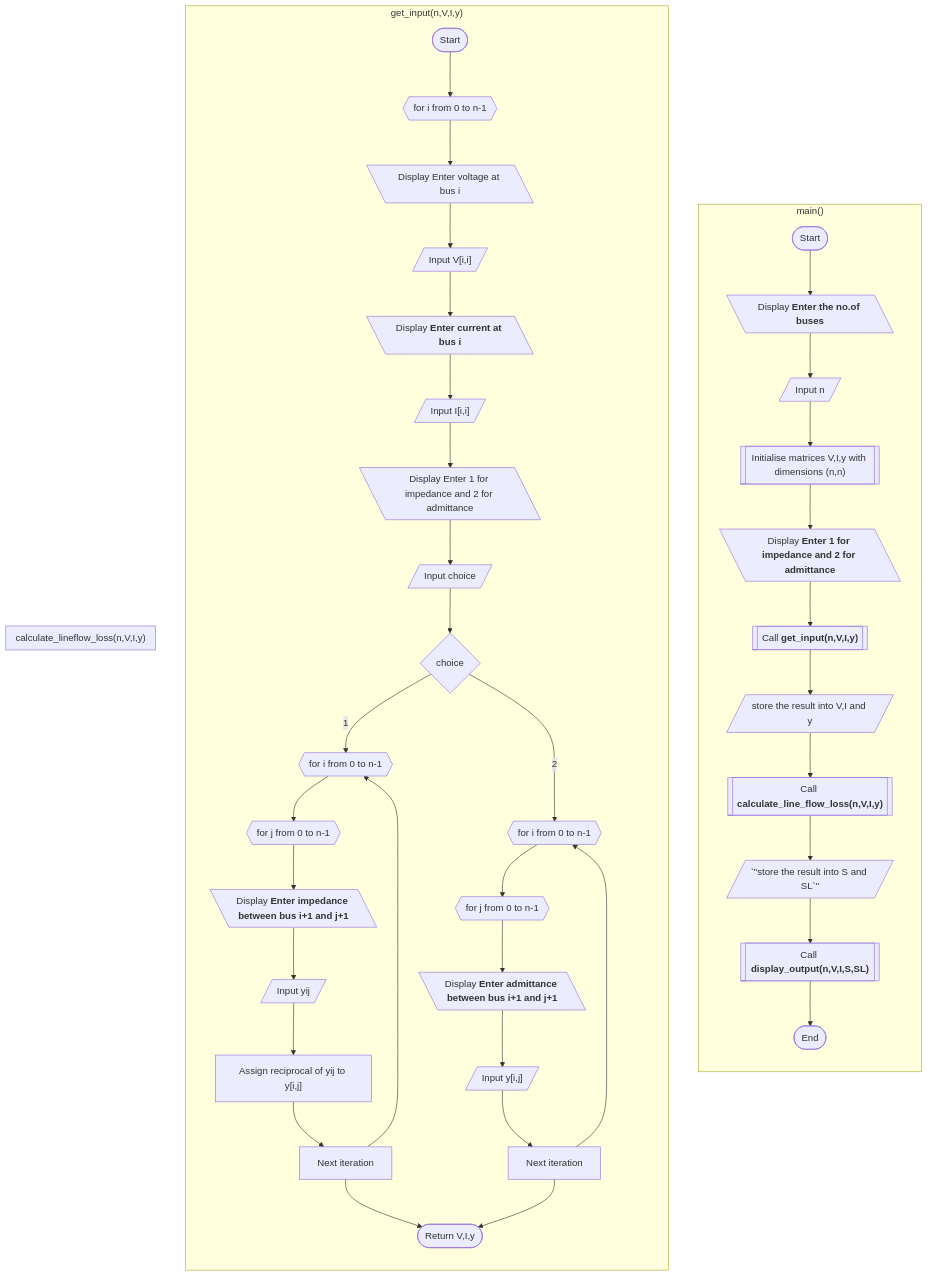
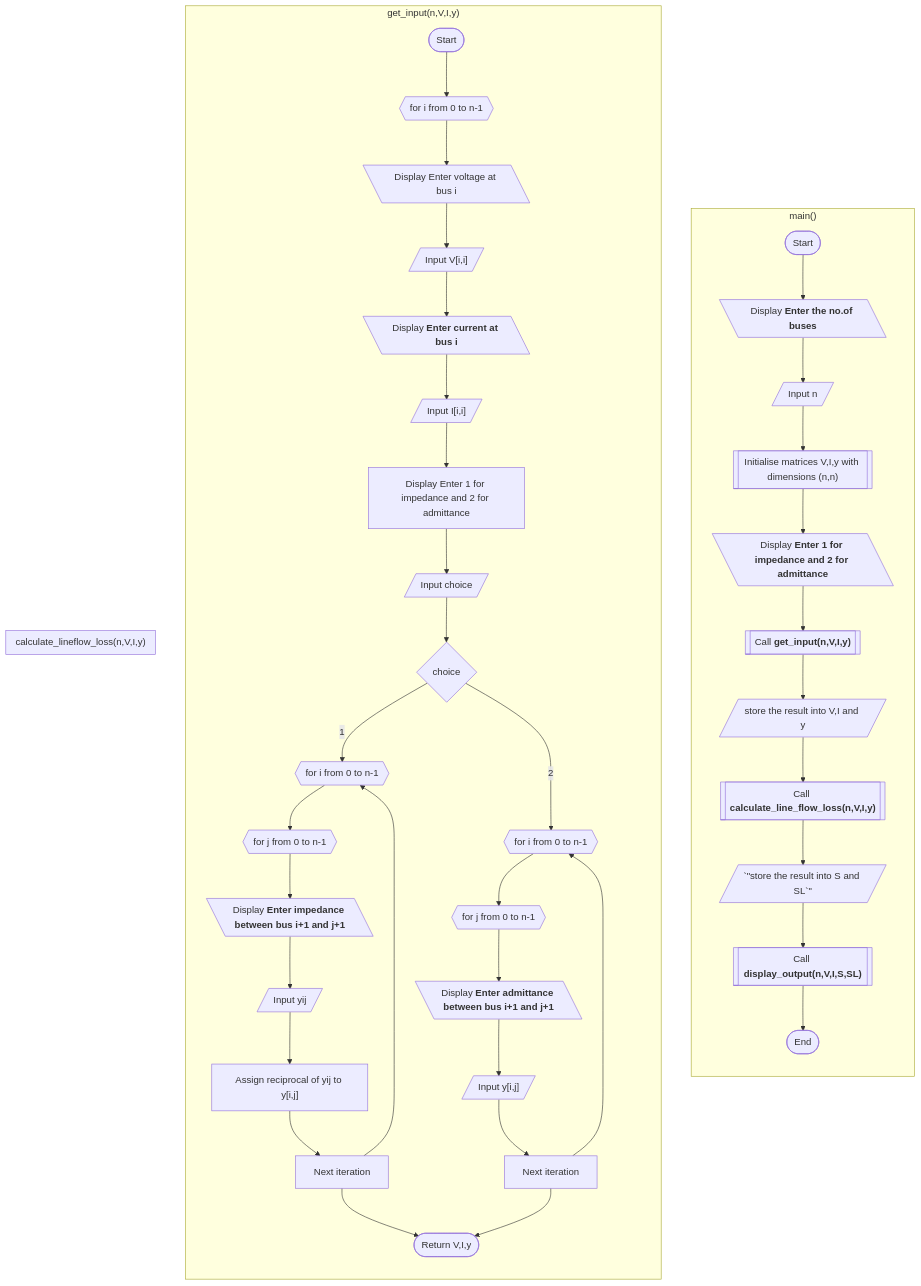
The diagram in README.md (Sree2011/line-flows-and-losses), drawn with Mermaid before and after one commit.

````diff
--- a/README.md
+++ b/README.md
@@ -218,48 +218,48 @@
 ```mermaid
 graph TB
 subgraph "main()"
     direction TB
     A1([Start]) --> B1[\"`Display **Enter the no.of buses**`"\]
     B1 --> C1[/Input n/]
     C1 --> D1[["`Initialise matrices V,I,y with dimensions (n,n)`"]]
     D1 --> E1[\"`Display **Enter 1 for impedance and 2 for admittance**`"\]
     E1 --> G1[["`Call **get_input(n,V,I,y)**`"]]
     G1 --> H1[/"`store the result into V,I and y`"/]
     H1 --> I1[["`Call **calculate_line_flow_loss(n,V,I,y)**`"]]
     I1 --> J1[/`"store the result into S and SL`"/]
     J1 --> K1[["`Call **display_output(n,V,I,S,SL)**`"]]
     K1 --> M1([End])
 end
 
 subgraph "get_input(n,V,I,y)"
     direction TB
     A2([Start]) --> B2[for i from 0 to n-1]@{shape: hex}
     B2 --> C2[\"`Display Enter voltage at bus i`"\]
     C2 --> D2[/"`Input V[i,i]`"/]
     D2 --> E2[\"`Display **Enter current at bus i**`"\]
     E2 --> F2[/"Input I[i,i]"/]
-    F2 --> G2[\"` Display Enter 1 for impedance and 2 for admittance`"\]
+    F2 --> G2["` Display Enter 1 for impedance and 2 for admittance`"]
     G2 --> H2[/Input choice/]
     H2 --> I2[choice]@{shape: diam}
     I2 --> |1| I3[for i from 0 to n-1]@{shape: hex}
     I3 --> I4[for j from 0 to n-1]@{shape: hex}
     I4 --> I5["`Display **Enter impedance between bus i+1 and j+1**`"]@{shape: lean-left}
     I5 --> I6[/Input yij/]
     I6 --> I7["`Assign reciprocal of yij to y[i,j]`"]
     I7 --> I8[Next iteration]
     I8 --> I3
     I2 --> |2| I9[for i from 0 to n-1]@{shape: hex}
     I9 --> I10[for j from 0 to n-1]@{shape: hex}
     I10 --> I11[\"`Display **Enter admittance between bus i+1 and j+1**`"\]
     I11 --> I12[/"`Input y[i,j]`"/]
     I12 --> I13[Next iteration]
     I13 --> I9
 
     I8 --> I14["`Return V,I,y`"]@{shape: stadium}
     I13 --> I14
 end
 
 subgraph "calculate_lineflow_loss(n,V,I,y)"
 end
 
 ```
````
